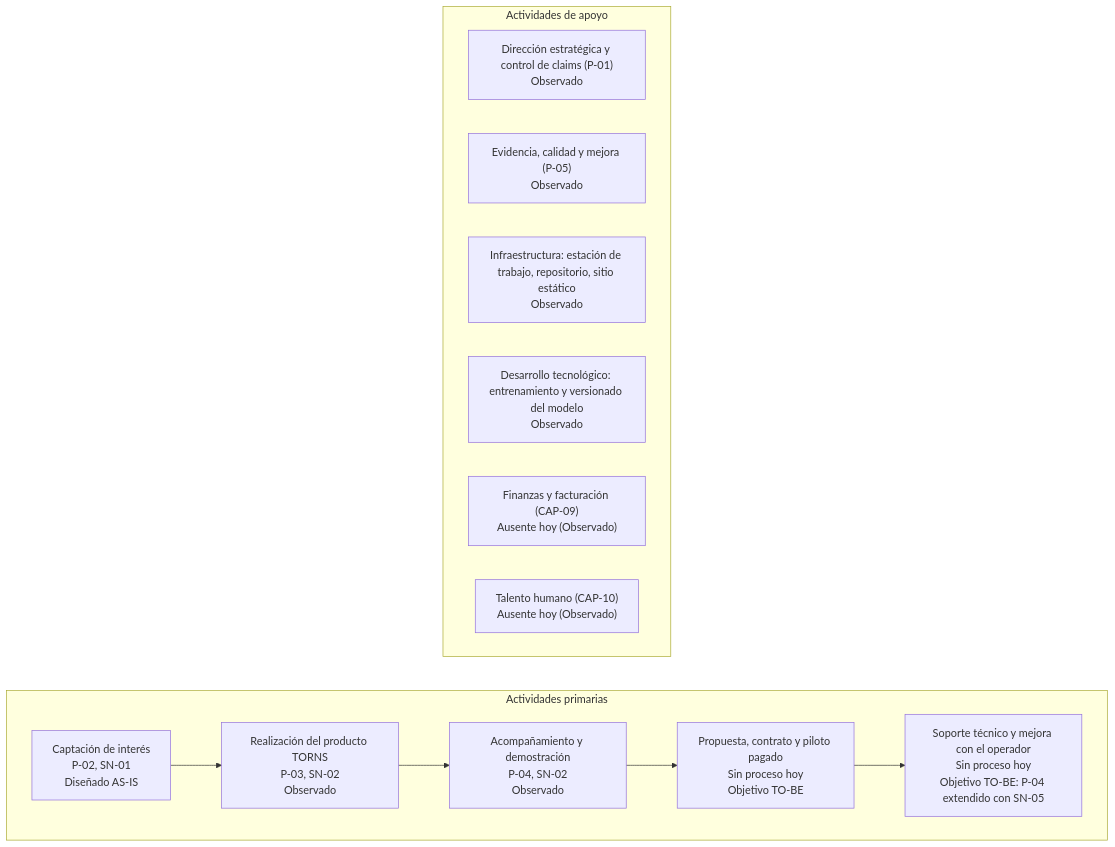
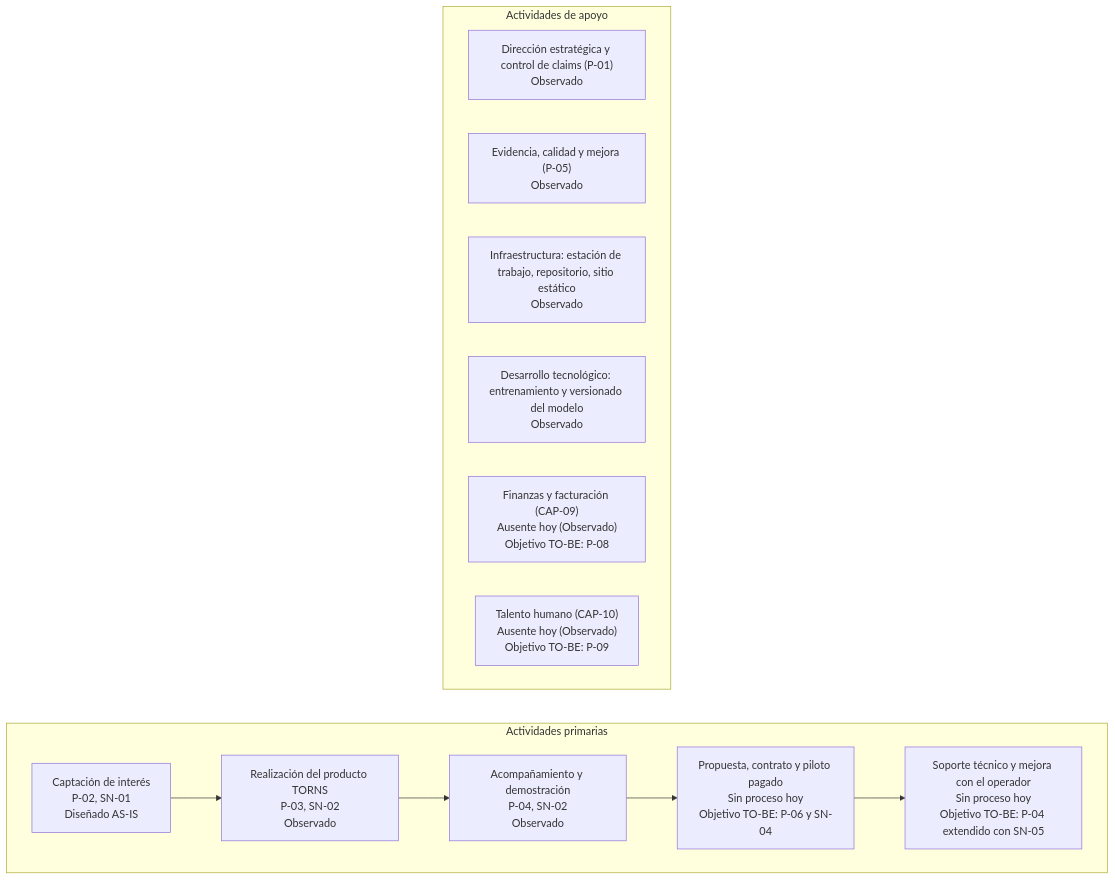
One commit to 5arSanti/tro-launcher changed the diagram in docs/ae-final-project/ondas/M1-negocio/complementos/imagenes/mmd/cadena-de-valor.mmd. Above: the diagram before and after it, drawn with Mermaid. The commit also changed 8 other files, not shown here.

```diff
--- a/docs/ae-final-project/ondas/M1-negocio/complementos/imagenes/mmd/cadena-de-valor.mmd
+++ b/docs/ae-final-project/ondas/M1-negocio/complementos/imagenes/mmd/cadena-de-valor.mmd
@@ -1,20 +1,20 @@
 flowchart TB
     subgraph APOYO["Actividades de apoyo"]
         direction LR
         A1["Dirección estratégica y control de claims (P-01)<br/>Observado"]
         A2["Evidencia, calidad y mejora (P-05)<br/>Observado"]
         A3["Infraestructura: estación de trabajo, repositorio, sitio estático<br/>Observado"]
         A4["Desarrollo tecnológico: entrenamiento y versionado del modelo<br/>Observado"]
-        A5["Finanzas y facturación (CAP-09)<br/>Ausente hoy (Observado)"]
-        A6["Talento humano (CAP-10)<br/>Ausente hoy (Observado)"]
+        A5["Finanzas y facturación (CAP-09)<br/>Ausente hoy (Observado)<br/>Objetivo TO-BE: P-08"]
+        A6["Talento humano (CAP-10)<br/>Ausente hoy (Observado)<br/>Objetivo TO-BE: P-09"]
     end
     subgraph PRIM["Actividades primarias"]
         direction LR
         B1["Captación de interés<br/>P-02, SN-01<br/>Diseñado AS-IS"]
         B2["Realización del producto TORNS<br/>P-03, SN-02<br/>Observado"]
         B3["Acompañamiento y demostración<br/>P-04, SN-02<br/>Observado"]
-        B4["Propuesta, contrato y piloto pagado<br/>Sin proceso hoy<br/>Objetivo TO-BE"]
+        B4["Propuesta, contrato y piloto pagado<br/>Sin proceso hoy<br/>Objetivo TO-BE: P-06 y SN-04"]
         B5["Soporte técnico y mejora con el operador<br/>Sin proceso hoy<br/>Objetivo TO-BE: P-04 extendido con SN-05"]
         B1 --> B2 --> B3 --> B4 --> B5
     end
     APOYO ~~~ PRIM
```
